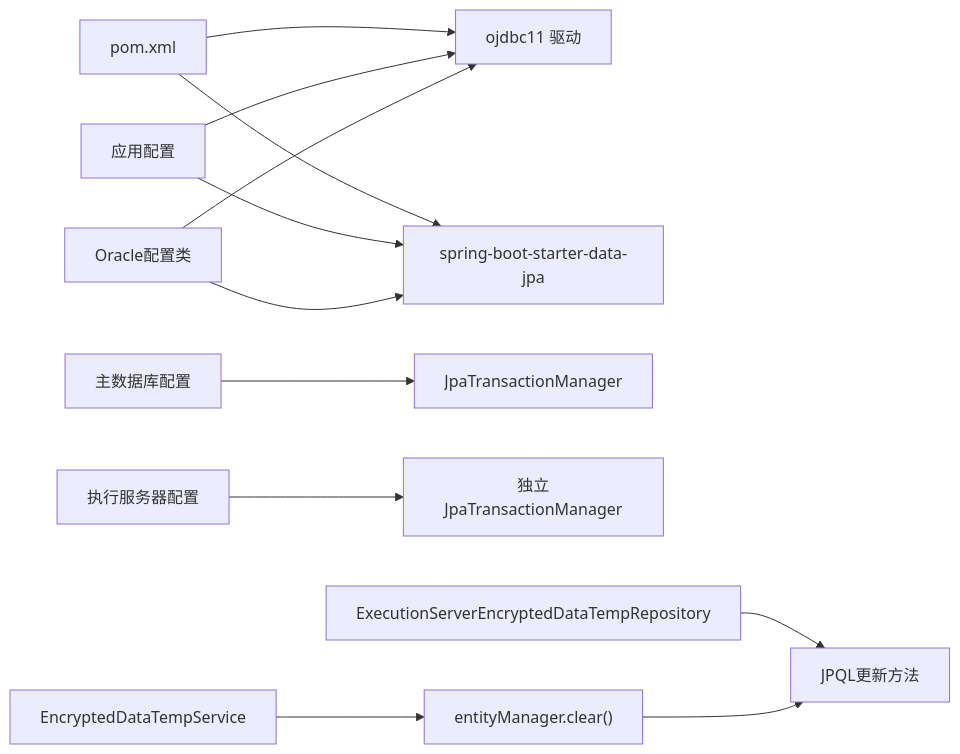
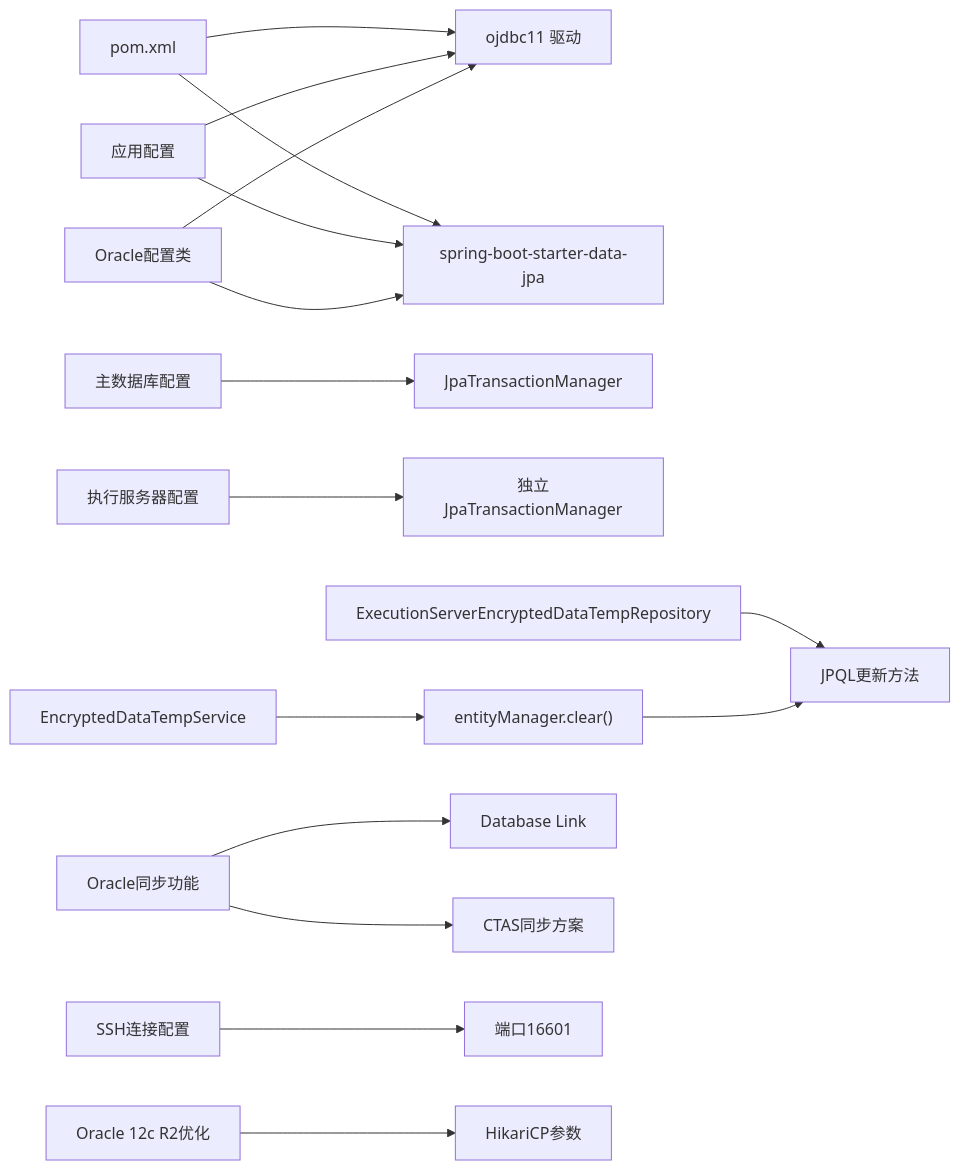
Before and after one commit to liuzh2008/med_ai_assistant_workspace: the fourth of 4 diagrams in .qoder/repowiki/zh/content/配置管理/数据库配置.md, drawn with Mermaid. The commit also changed other lines of this file and 4 other files, not shown here.

````diff
--- a/.qoder/repowiki/zh/content/配置管理/数据库配置.md
+++ b/.qoder/repowiki/zh/content/配置管理/数据库配置.md
@@ -494,14 +680,18 @@
 ```mermaid
 graph LR
 POM["pom.xml"] --> OJ["ojdbc11 驱动"]
 POM --> JPA["spring-boot-starter-data-jpa"]
 APP["应用配置"] --> OJ
 APP --> JPA
 CONFIG["Oracle配置类"] --> OJ
 CONFIG --> JPA
 DB_CONFIG["主数据库配置"] --> TXN["JpaTransactionManager"]
 EXEC_CONFIG["执行服务器配置"] --> EXEC_TXN["独立JpaTransactionManager"]
 SERVICE["EncryptedDataTempService"] --> CACHE["entityManager.clear()"]
 REPO["ExecutionServerEncryptedDataTempRepository"] --> JPQL["JPQL更新方法"]
 CACHE --> JPQL
+SYNC["Oracle同步功能"] --> DB_LINK["Database Link"]
+SYNC --> CTAS["CTAS同步方案"]
+SSH["SSH连接配置"] --> ORACLE_PORT["端口16601"]
+ORA_12C["Oracle 12c R2优化"] --> HIKARI["HikariCP参数"]
 ```
````
